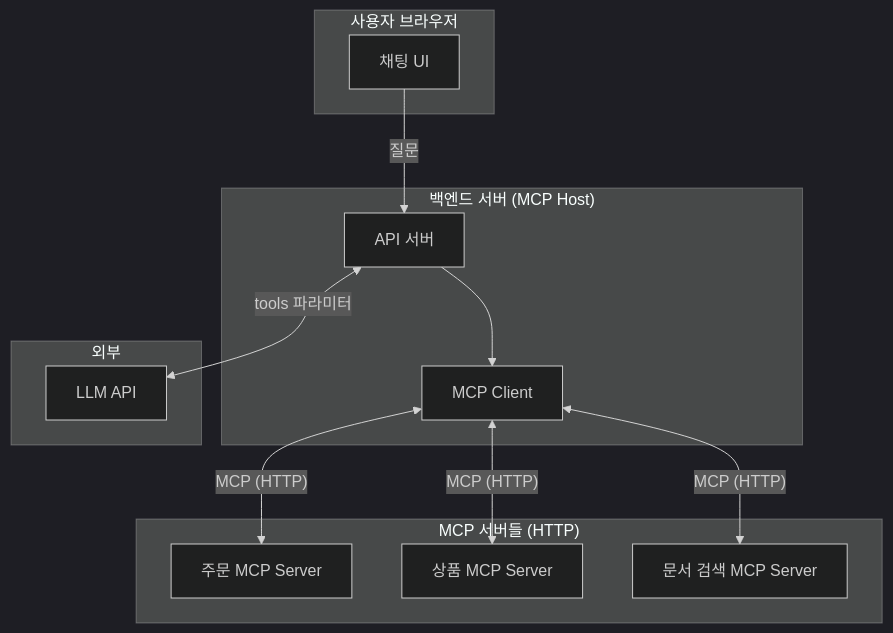
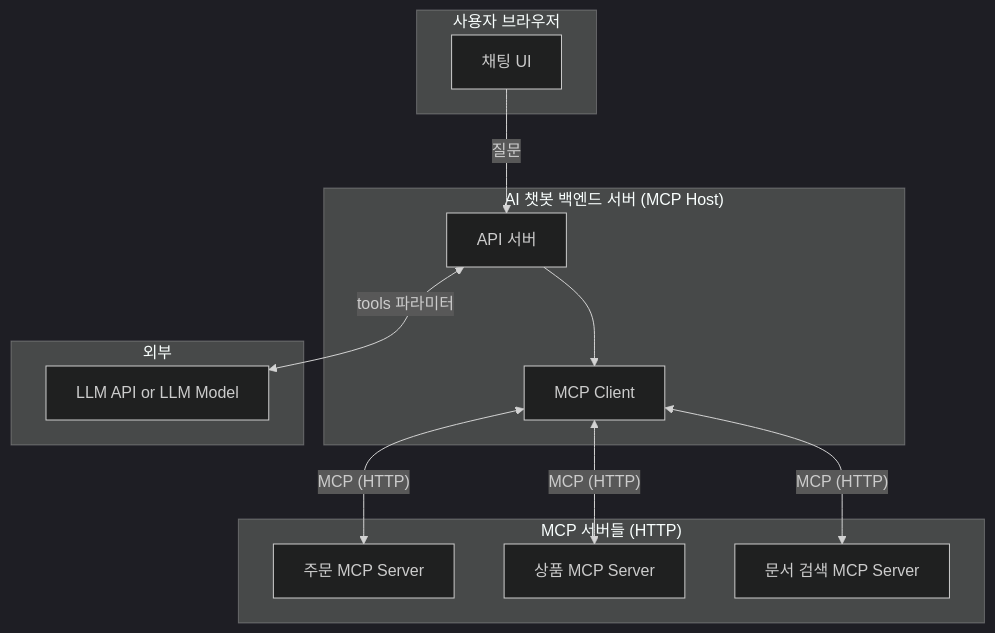
Before and after one commit to 12OneTwo12/12OneTwo12.github.io: diagram 12 of 13 in content/blog/trends/mcp-deep-dive.ko.md, drawn with Mermaid (dark theme). The commit also changed other lines of this file, not shown here.

Commit message:
docs: mcp 글 개선

````diff
--- a/content/blog/trends/mcp-deep-dive.ko.md
+++ b/content/blog/trends/mcp-deep-dive.ko.md
@@ -857,28 +855,28 @@
 ```mermaid
 flowchart TB
     subgraph Client["사용자 브라우저"]
         UI["채팅 UI"]
     end
 
-    subgraph Backend["백엔드 서버 (MCP Host)"]
+    subgraph Backend["AI 챗봇 백엔드 서버 (MCP Host)"]
         API["API 서버"]
         MCPClient["MCP Client"]
     end
 
     subgraph MCPServers["MCP 서버들 (HTTP)"]
         OrderMCP["주문 MCP Server"]
         ProductMCP["상품 MCP Server"]
         DocMCP["문서 검색 MCP Server"]
     end
 
     subgraph External["외부"]
-        LLM["LLM API"]
+        LLM["LLM API or LLM Model"]
     end
 
     UI -->|"질문"| API
     API --> MCPClient
     MCPClient <-->|"MCP (HTTP)"| OrderMCP
     MCPClient <-->|"MCP (HTTP)"| ProductMCP
     MCPClient <-->|"MCP (HTTP)"| DocMCP
     API <-->|"tools 파라미터"| LLM
 ```
````
